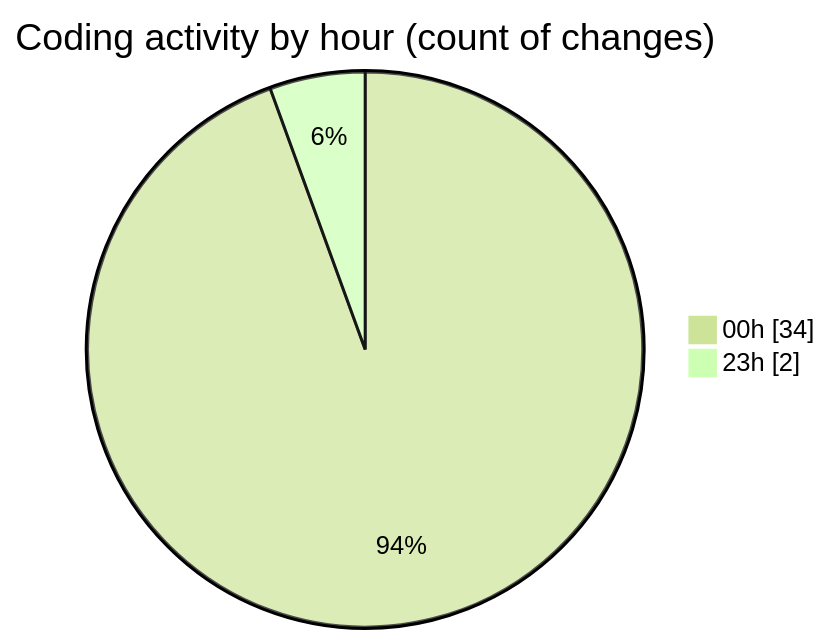
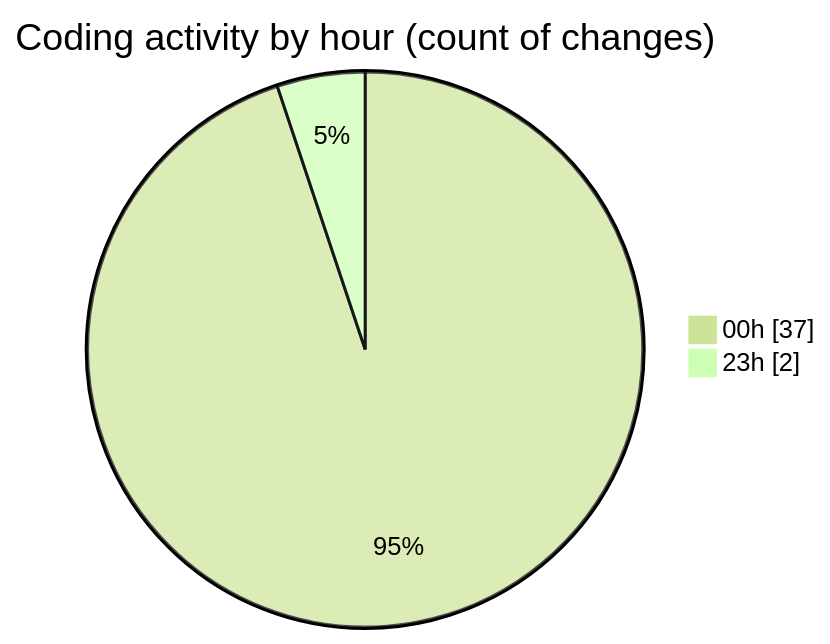
The second of 2 diagrams in 2025-10-10/eventscop-frontend-guide__workspace_/README.md (julien-gomy/code-tracking), drawn with Mermaid (forest theme) before and after one commit. The commit also changed other lines of this file and 1 other file, not shown here.

````diff
--- a/2025-10-10/eventscop-frontend-guide__workspace_/README.md
+++ b/2025-10-10/eventscop-frontend-guide__workspace_/README.md
@@ -31,6 +32,6 @@
 ```mermaid
 pie showData
 title Coding activity by hour (count of changes)
-"00h" : 34
+"00h" : 37
 "23h" : 2
 ```
````
